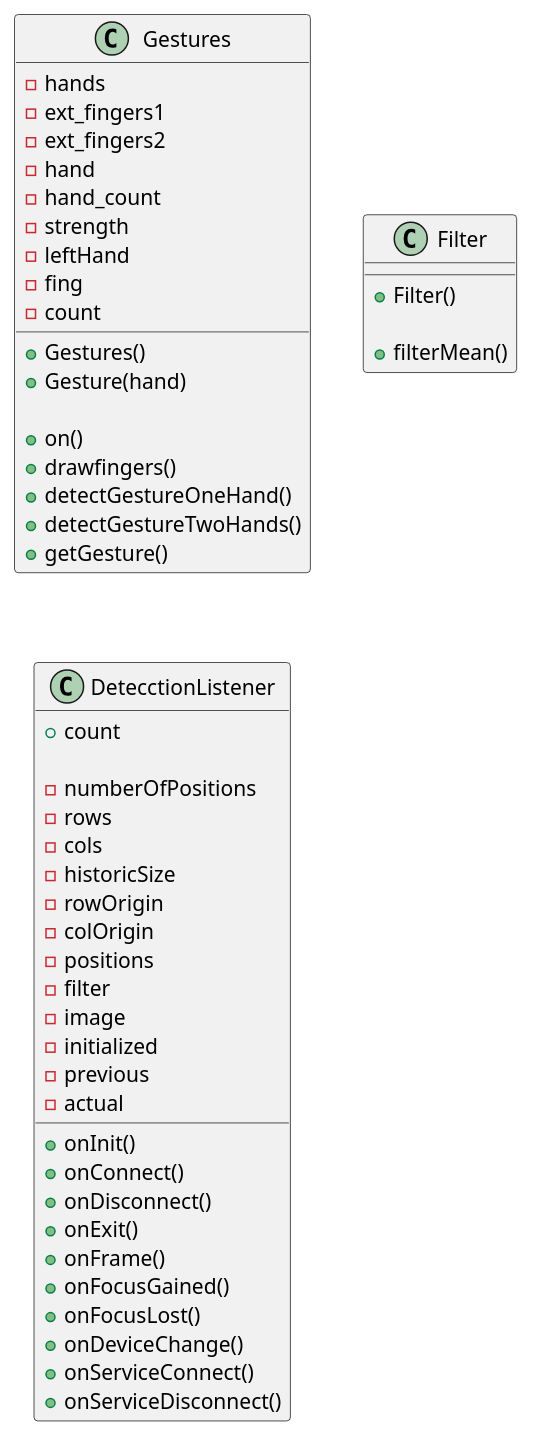
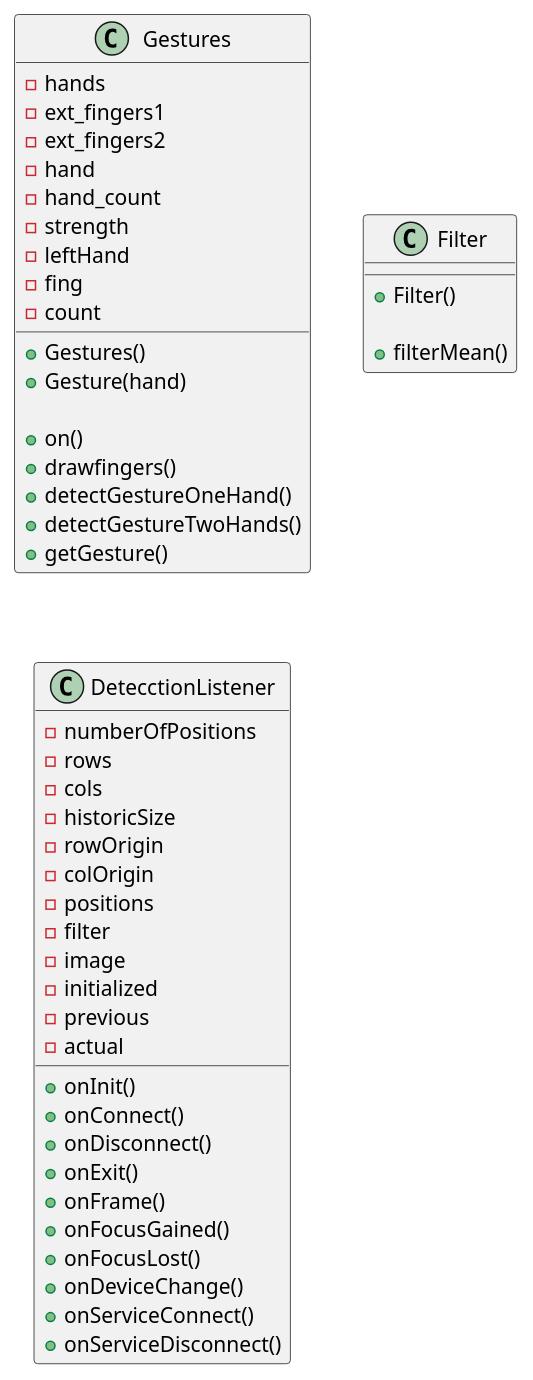
Before and after one commit to BenjaminDeguerre/GroupProjectLeap: the diagram in uml/classDiagram.PlantUML, drawn with PlantUML.

```diff
--- a/uml/classDiagram.PlantUML
+++ b/uml/classDiagram.PlantUML
@@ -1,57 +1,56 @@
 @startuml
 
 class Gestures {
   +Gestures()
   +Gesture(hand)
 
   +on()
   +drawfingers()
   +detectGestureOneHand()
   +detectGestureTwoHands()
   +getGesture()
 
   -hands
   -ext_fingers1
   -ext_fingers2
   -hand
   -hand_count
   -strength
   -leftHand
   -fing
   -count
 }
 
 class Filter {
   +Filter()
 
   +filterMean()
 }
 
 class DetecctionListener {
-  +count
   +onInit()
   +onConnect()
   +onDisconnect()
   +onExit()
 	+onFrame()
 	+onFocusGained()
 	+onFocusLost()
 	+onDeviceChange()
 	+onServiceConnect()
 	+onServiceDisconnect()
 
   -numberOfPositions
   -rows
   -cols
   -historicSize
   -rowOrigin
   -colOrigin
   -positions
   -filter
   -image
   -initialized
   -previous
   -actual
 }
 
 @enduml
```
